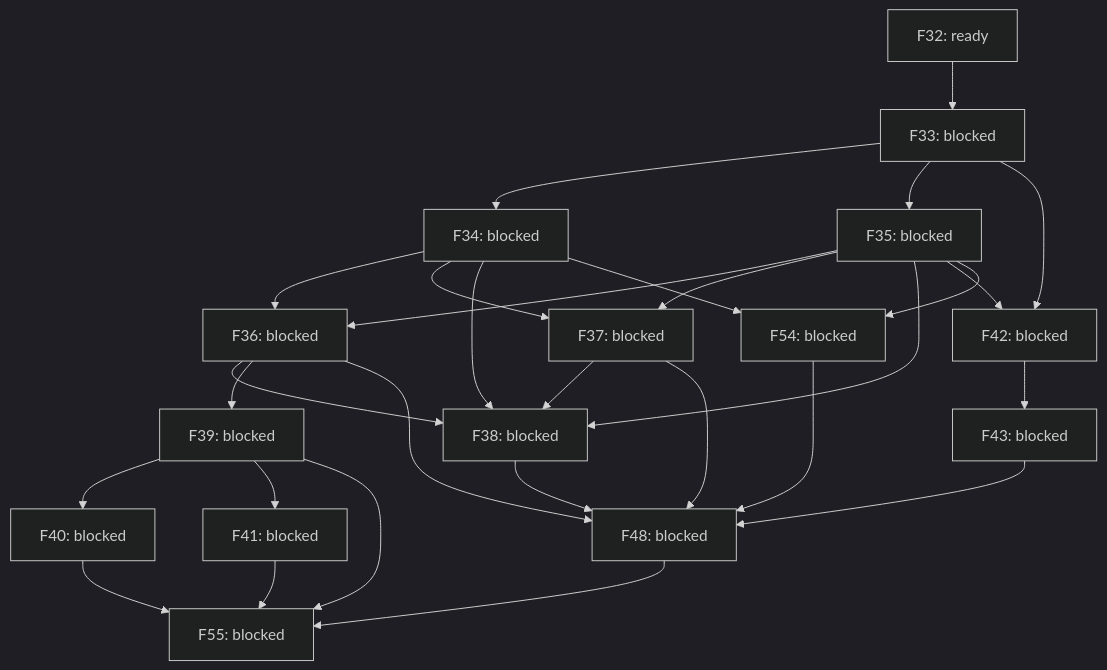
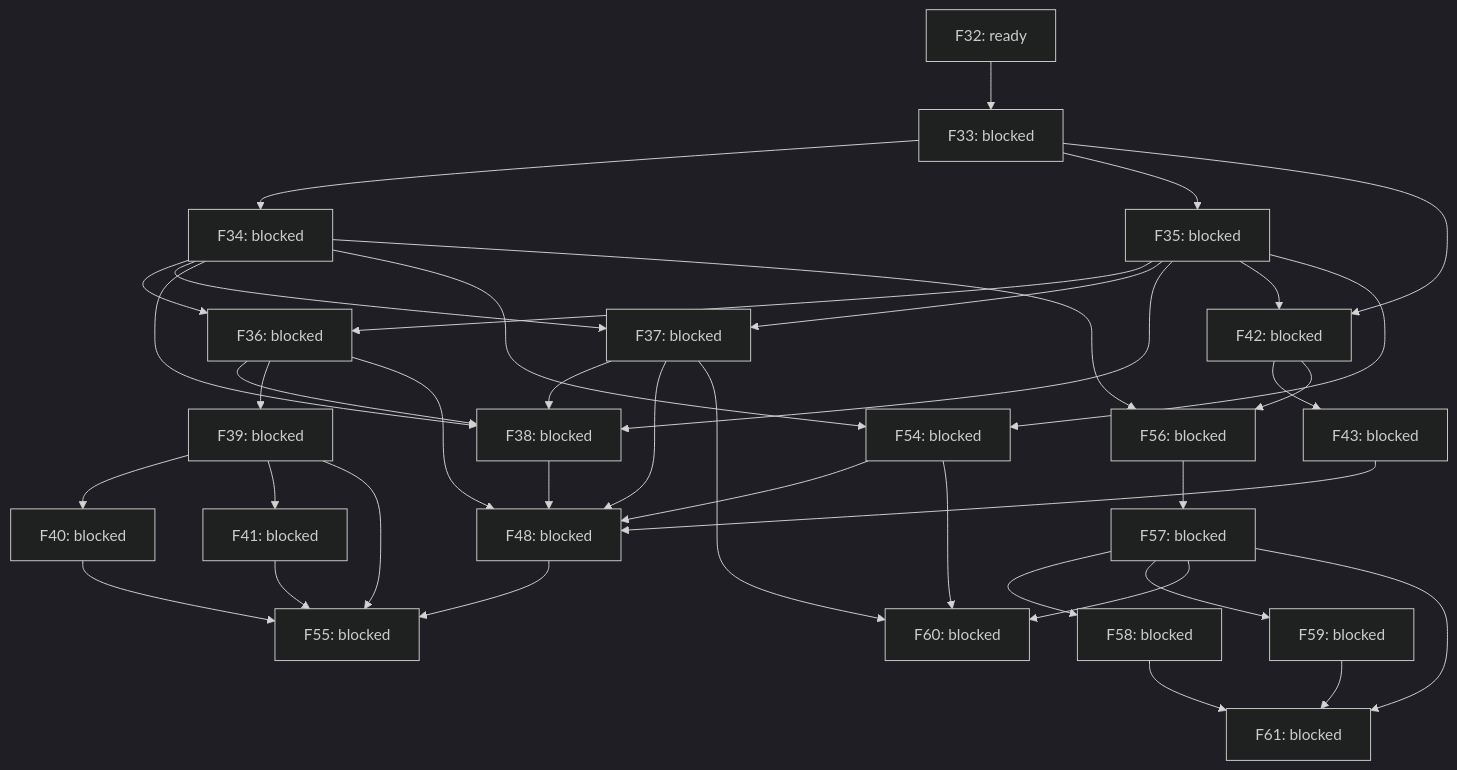
Before and after one commit to alex-nax/rengine: the diagram in docs/roadmap-graph.md, drawn with Mermaid (dark theme). The commit also changed other lines of this file and 36 other files, not shown here.

````diff
--- a/docs/roadmap-graph.md
+++ b/docs/roadmap-graph.md
@@ -7,46 +7,63 @@
 ```mermaid
 flowchart TD
   F32["F32: ready"]
   F33["F33: blocked"]
   F32 --> F33
   F34["F34: blocked"]
   F33 --> F34
   F35["F35: blocked"]
   F33 --> F35
   F36["F36: blocked"]
   F34 --> F36
   F35 --> F36
   F37["F37: blocked"]
   F34 --> F37
   F35 --> F37
   F38["F38: blocked"]
   F34 --> F38
   F35 --> F38
   F36 --> F38
   F37 --> F38
   F39["F39: blocked"]
   F36 --> F39
   F40["F40: blocked"]
   F39 --> F40
   F41["F41: blocked"]
   F39 --> F41
   F42["F42: blocked"]
   F33 --> F42
   F35 --> F42
   F43["F43: blocked"]
   F42 --> F43
   F48["F48: blocked"]
   F36 --> F48
   F37 --> F48
   F38 --> F48
   F43 --> F48
   F54 --> F48
   F54["F54: blocked"]
   F34 --> F54
   F35 --> F54
   F55["F55: blocked"]
   F39 --> F55
   F40 --> F55
   F41 --> F55
   F48 --> F55
+  F56["F56: blocked"]
+  F34 --> F56
+  F42 --> F56
+  F57["F57: blocked"]
+  F56 --> F57
+  F58["F58: blocked"]
+  F57 --> F58
+  F59["F59: blocked"]
+  F57 --> F59
+  F60["F60: blocked"]
+  F57 --> F60
+  F37 --> F60
+  F54 --> F60
+  F61["F61: blocked"]
+  F57 --> F61
+  F58 --> F61
+  F59 --> F61
 ```
````
